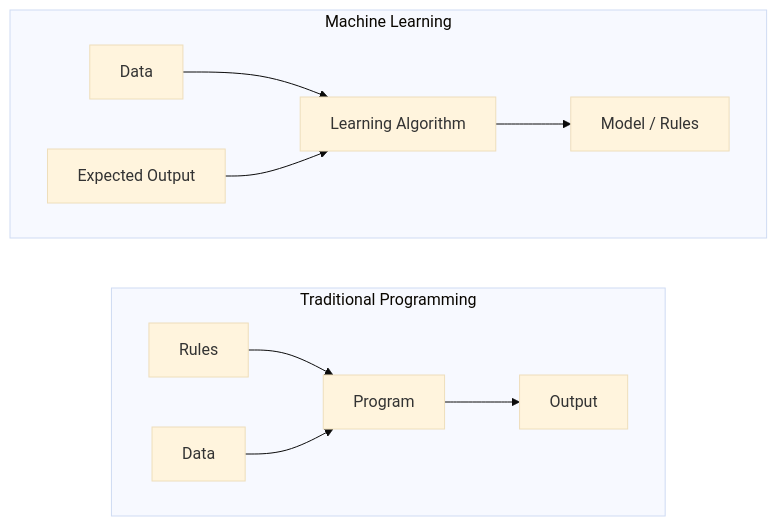
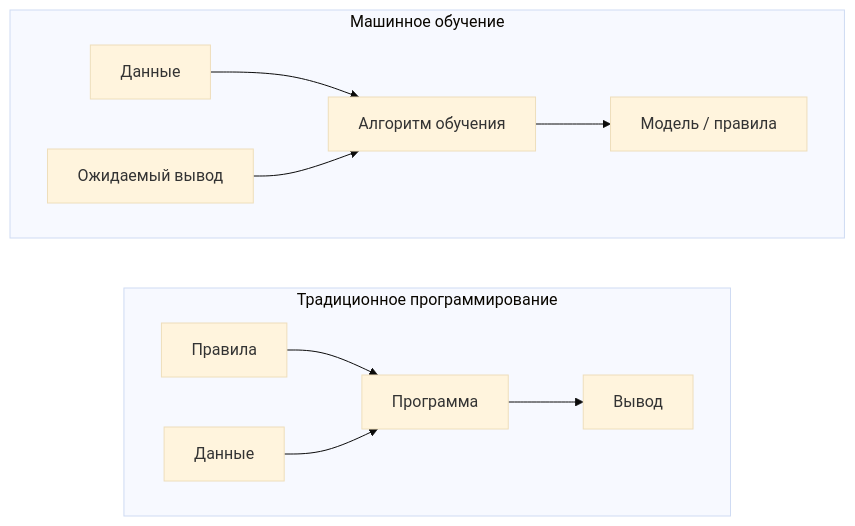
The first of 6 diagrams in phases/02-ml-fundamentals/01-what-is-machine-learning/docs/ru.md (stabuev/ai-engineering-from-scratch), drawn with Mermaid (base theme) before and after one commit. The commit also changed other lines of this file and 22 other files, not shown here.

````diff
--- a/phases/02-ml-fundamentals/01-what-is-machine-learning/docs/ru.md
+++ b/phases/02-ml-fundamentals/01-what-is-machine-learning/docs/ru.md
@@ -31,16 +31,16 @@
 ```mermaid
 flowchart LR
-    subgraph Traditional["Traditional Programming"]
+    subgraph Traditional["Традиционное программирование"]
         direction LR
-        R[Rules] --> P1[Program]
-        D1[Data] --> P1
-        P1 --> O1[Output]
+        R[Правила] --> P1[Программа]
+        D1[Данные] --> P1
+        P1 --> O1[Вывод]
     end
 
-    subgraph ML["Machine Learning"]
+    subgraph ML["Машинное обучение"]
         direction LR
-        D2[Data] --> P2[Learning Algorithm]
-        O2[Expected Output] --> P2
-        P2 --> M[Model / Rules]
+        D2[Данные] --> P2[Алгоритм обучения]
+        O2[Ожидаемый вывод] --> P2
+        P2 --> M[Модель / правила]
     end
 ```
````
